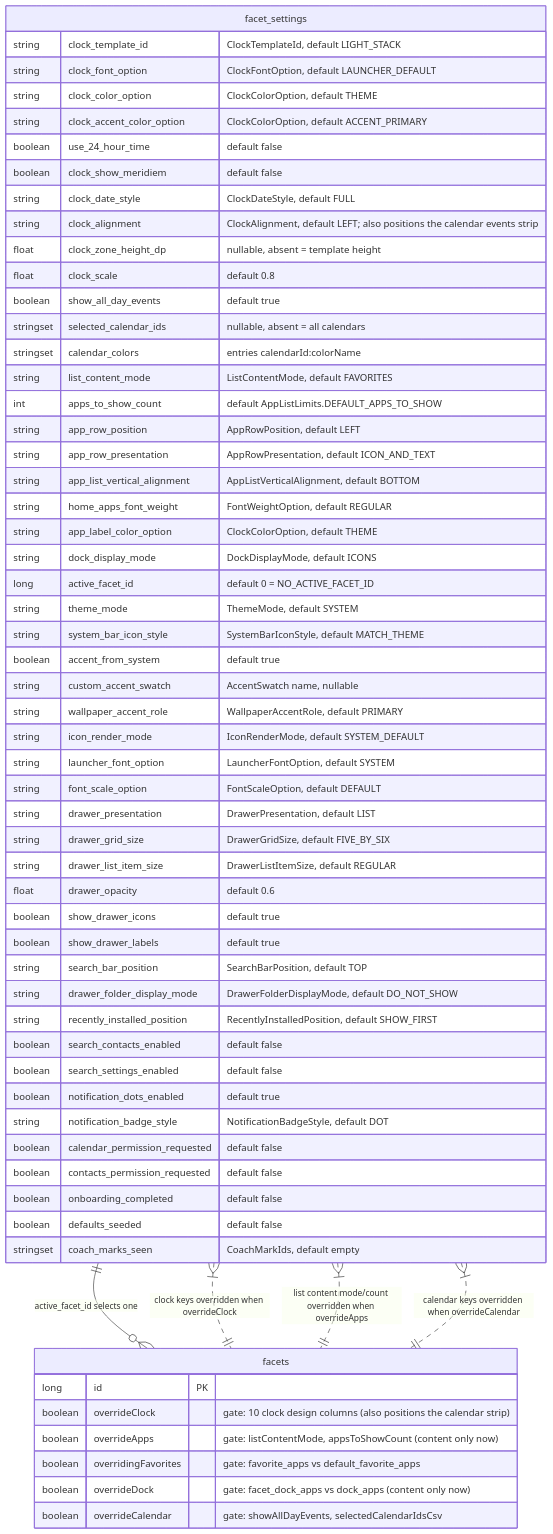
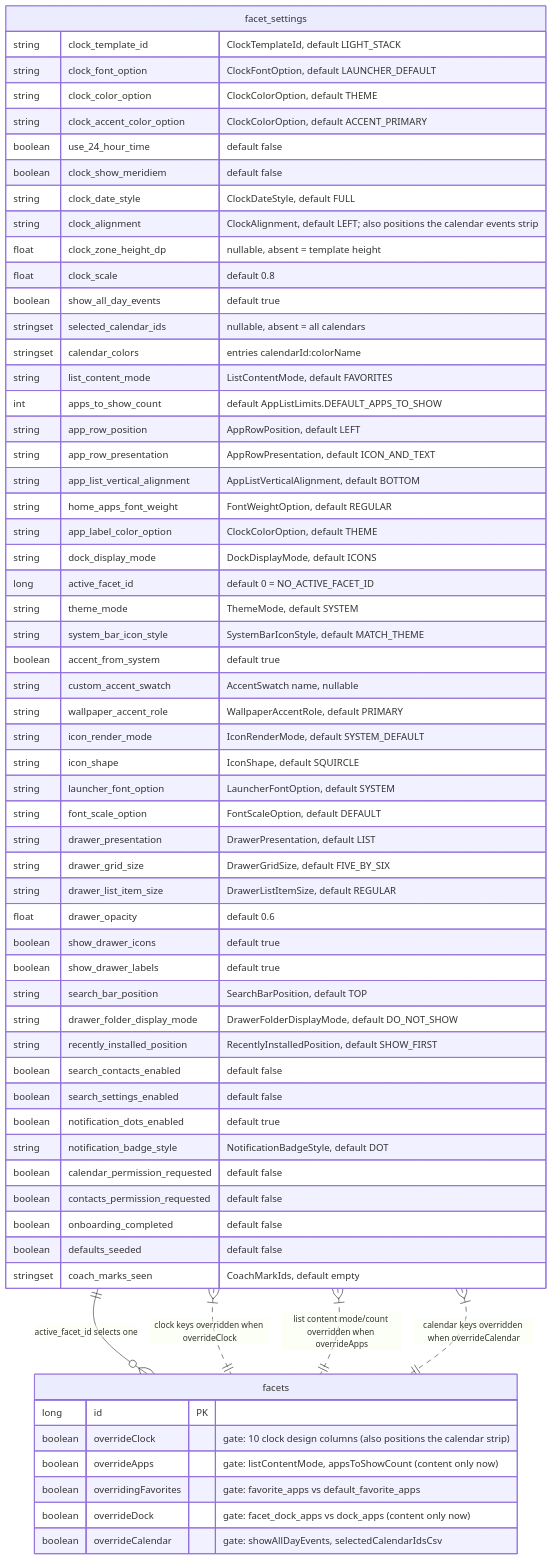
One commit to rohitganjam/facet-launcher changed the third of 3 diagrams in docs/architecture/02-persistence-room.md. Above: the diagram before and after it, drawn with Mermaid. The commit also changed other lines of this file and 30 other files, not shown here.

First line of the commit message:
Add icon shape setting (Squircle, Rounded, Circle, Square)

````diff
--- a/docs/architecture/02-persistence-room.md
+++ b/docs/architecture/02-persistence-room.md
@@ -359,67 +359,68 @@
 ```mermaid
 erDiagram
     facet_settings {
         string clock_template_id "ClockTemplateId, default LIGHT_STACK"
         string clock_font_option "ClockFontOption, default LAUNCHER_DEFAULT"
         string clock_color_option "ClockColorOption, default THEME"
         string clock_accent_color_option "ClockColorOption, default ACCENT_PRIMARY"
         boolean use_24_hour_time "default false"
         boolean clock_show_meridiem "default false"
         string clock_date_style "ClockDateStyle, default FULL"
         string clock_alignment "ClockAlignment, default LEFT; also positions the calendar events strip"
         float clock_zone_height_dp "nullable, absent = template height"
         float clock_scale "default 0.8"
         boolean show_all_day_events "default true"
         stringset selected_calendar_ids "nullable, absent = all calendars"
         stringset calendar_colors "entries calendarId:colorName"
         string list_content_mode "ListContentMode, default FAVORITES"
         int apps_to_show_count "default AppListLimits.DEFAULT_APPS_TO_SHOW"
         string app_row_position "AppRowPosition, default LEFT"
         string app_row_presentation "AppRowPresentation, default ICON_AND_TEXT"
         string app_list_vertical_alignment "AppListVerticalAlignment, default BOTTOM"
         string home_apps_font_weight "FontWeightOption, default REGULAR"
         string app_label_color_option "ClockColorOption, default THEME"
         string dock_display_mode "DockDisplayMode, default ICONS"
         long active_facet_id "default 0 = NO_ACTIVE_FACET_ID"
         string theme_mode "ThemeMode, default SYSTEM"
         string system_bar_icon_style "SystemBarIconStyle, default MATCH_THEME"
         boolean accent_from_system "default true"
         string custom_accent_swatch "AccentSwatch name, nullable"
         string wallpaper_accent_role "WallpaperAccentRole, default PRIMARY"
         string icon_render_mode "IconRenderMode, default SYSTEM_DEFAULT"
+        string icon_shape "IconShape, default SQUIRCLE"
         string launcher_font_option "LauncherFontOption, default SYSTEM"
         string font_scale_option "FontScaleOption, default DEFAULT"
         string drawer_presentation "DrawerPresentation, default LIST"
         string drawer_grid_size "DrawerGridSize, default FIVE_BY_SIX"
         string drawer_list_item_size "DrawerListItemSize, default REGULAR"
         float drawer_opacity "default 0.6"
         boolean show_drawer_icons "default true"
         boolean show_drawer_labels "default true"
         string search_bar_position "SearchBarPosition, default TOP"
         string drawer_folder_display_mode "DrawerFolderDisplayMode, default DO_NOT_SHOW"
         string recently_installed_position "RecentlyInstalledPosition, default SHOW_FIRST"
         boolean search_contacts_enabled "default false"
         boolean search_settings_enabled "default false"
         boolean notification_dots_enabled "default true"
         string notification_badge_style "NotificationBadgeStyle, default DOT"
         boolean calendar_permission_requested "default false"
         boolean contacts_permission_requested "default false"
         boolean onboarding_completed "default false"
         boolean defaults_seeded "default false"
         stringset coach_marks_seen "CoachMarkIds, default empty"
     }
 
     facets {
         long id PK
         boolean overrideClock "gate: 10 clock design columns (also positions the calendar strip)"
         boolean overrideApps "gate: listContentMode, appsToShowCount (content only now)"
         boolean overridingFavorites "gate: favorite_apps vs default_favorite_apps"
         boolean overrideDock "gate: facet_dock_apps vs dock_apps (content only now)"
         boolean overrideCalendar "gate: showAllDayEvents, selectedCalendarIdsCsv"
     }
 
     facet_settings ||--o{ facets : "active_facet_id selects one"
     facet_settings }|..|| facets : "clock keys overridden when overrideClock"
     facet_settings }|..|| facets : "list content mode/count overridden when overrideApps"
     facet_settings }|..|| facets : "calendar keys overridden when overrideCalendar"
 ```
````
